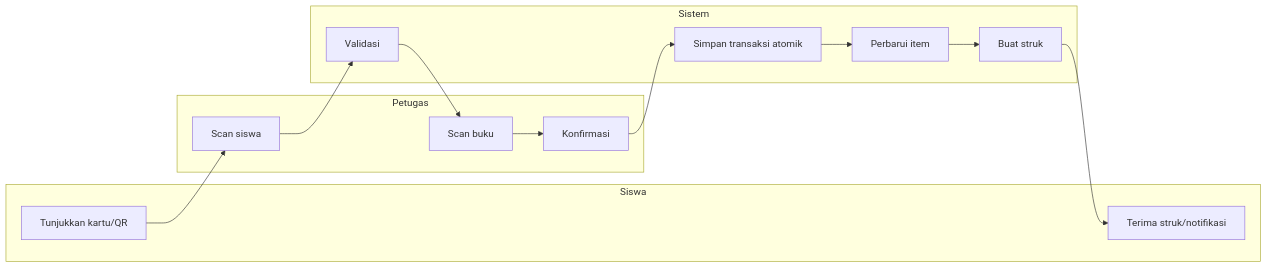
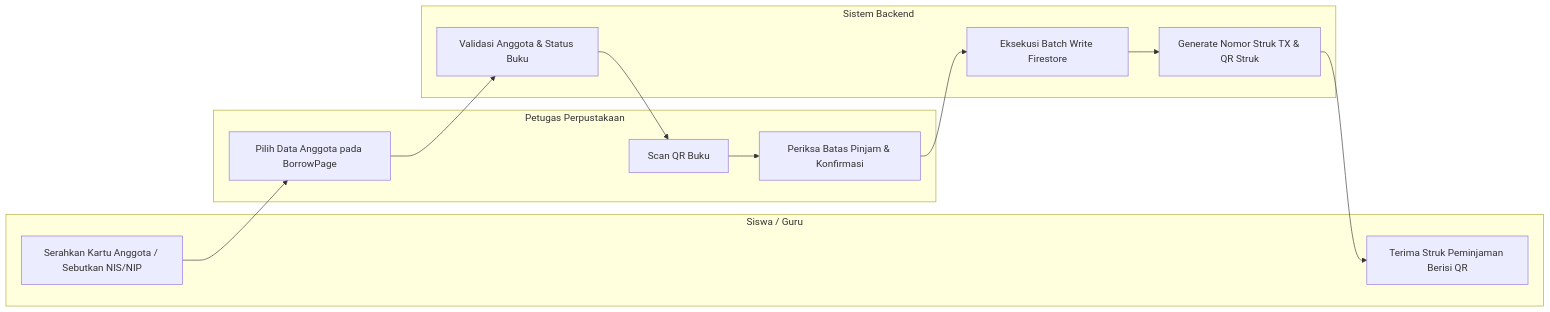
Diagram 12 of 16 in Readme.md (karinatantri/Perpustakaan), drawn with Mermaid before and after one commit. The commit also changed other lines of this file and 27 other files, not shown here.

````diff
--- a/Readme.md
+++ b/Readme.md
@@ -522,19 +628,18 @@
 ```mermaid
 flowchart LR
-  subgraph Siswa
-    S1[Tunjukkan kartu/QR]
-    S2[Terima struk/notifikasi]
+  subgraph Anggota ["Siswa / Guru"]
+    A1["Serahkan Kartu Anggota / Sebutkan NIS/NIP"]
+    A2["Terima Struk Peminjaman Berisi QR"]
   end
-  subgraph Petugas
-    O1[Scan siswa]
-    O2[Scan buku]
-    O3[Konfirmasi]
+  subgraph Petugas ["Petugas Perpustakaan"]
+    O1["Pilih Data Anggota pada BorrowPage"]
+    O2["Scan QR Buku"]
+    O3["Periksa Batas Pinjam & Konfirmasi"]
   end
-  subgraph Sistem
-    X1[Validasi]
-    X2[Simpan transaksi atomik]
-    X3[Perbarui item]
-    X4[Buat struk]
+  subgraph Sistem ["Sistem Backend"]
+    S1["Validasi Anggota & Status Buku"]
+    S2["Eksekusi Batch Write Firestore"]
+    S3["Generate Nomor Struk TX & QR Struk"]
   end
-  S1 --> O1 --> X1 --> O2 --> O3 --> X2 --> X3 --> X4 --> S2
+  A1 --> O1 --> S1 --> O2 --> O3 --> S2 --> S3 --> A2
 ```
````
